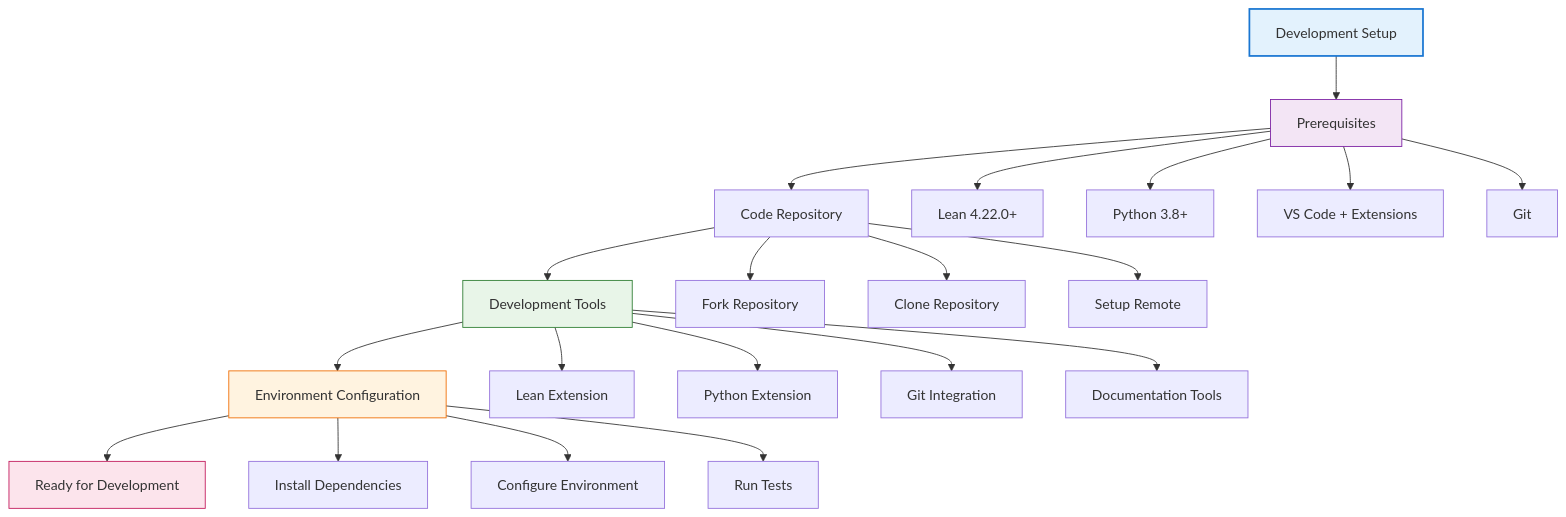
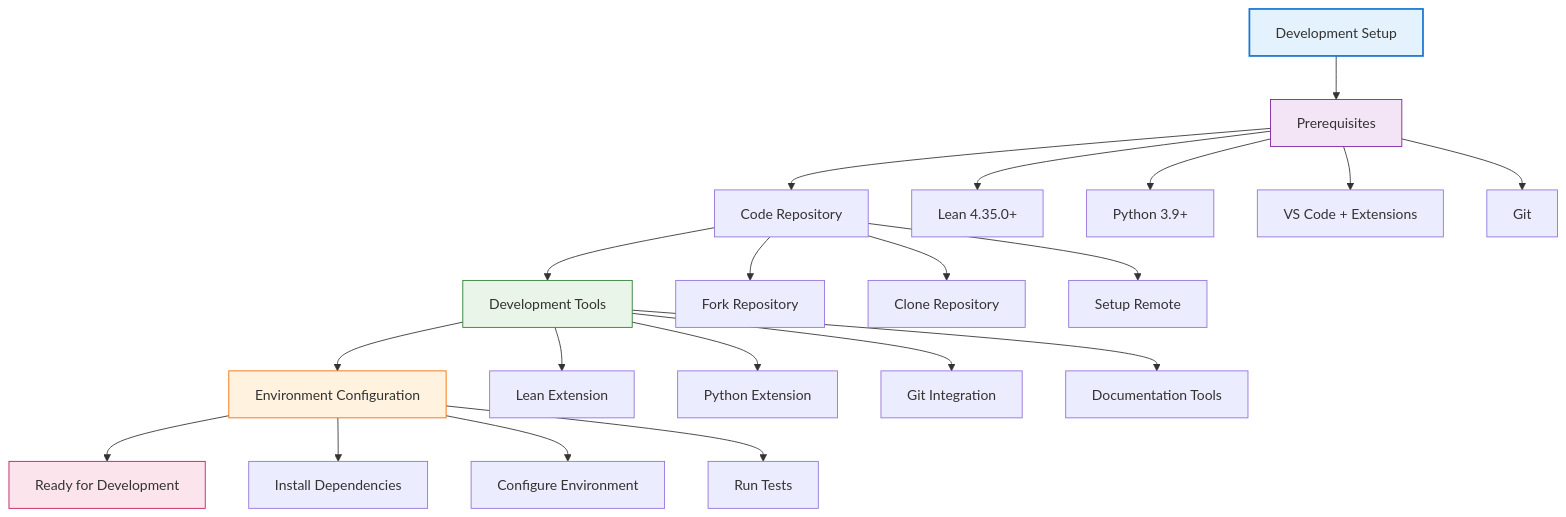
The first of 8 diagrams in docs/development.md (docxology/lean_niche), drawn with Mermaid before and after one commit. The commit also changed other lines of this file and 32 other files, not shown here.

````diff
--- a/docs/development.md
+++ b/docs/development.md
@@ -10,32 +10,32 @@
 ```mermaid
 graph TD
     A[Development Setup] --> B[Prerequisites]
     B --> C[Code Repository]
     C --> D[Development Tools]
     D --> E[Environment Configuration]
     E --> F[Ready for Development]
 
-    B --> G[Lean 4.22.0+]
-    B --> H[Python 3.8+]
+    B --> G[Lean 4.35.0+]
+    B --> H[Python 3.9+]
     B --> I[VS Code + Extensions]
     B --> J[Git]
 
     C --> K[Fork Repository]
     C --> L[Clone Repository]
     C --> M[Setup Remote]
 
     D --> N[Lean Extension]
     D --> O[Python Extension]
     D --> P[Git Integration]
     D --> Q[Documentation Tools]
 
     E --> R[Install Dependencies]
     E --> S[Configure Environment]
     E --> T[Run Tests]
 
     style A fill:#e3f2fd,stroke:#1976d2,stroke-width:2px
     style B fill:#f3e5f5,stroke:#7b1fa2
     style D fill:#e8f5e8,stroke:#2e7d32
     style E fill:#fff3e0,stroke:#ef6c00
     style F fill:#fce4ec,stroke:#c2185b
 ```
````
